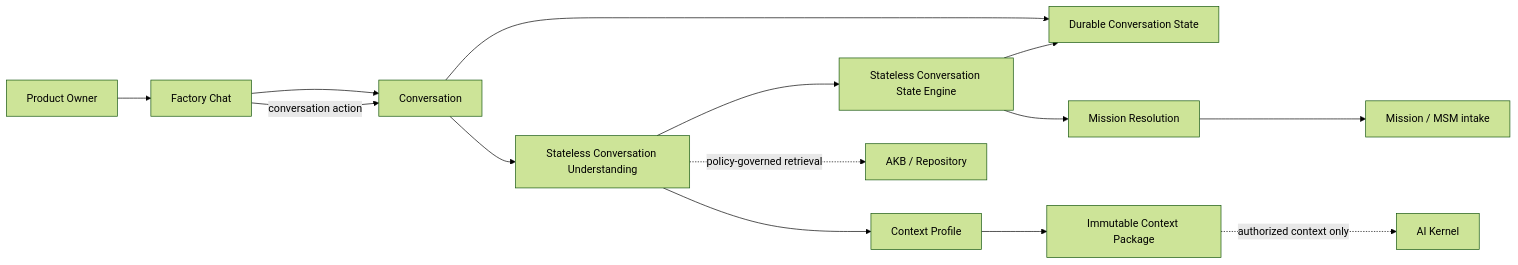
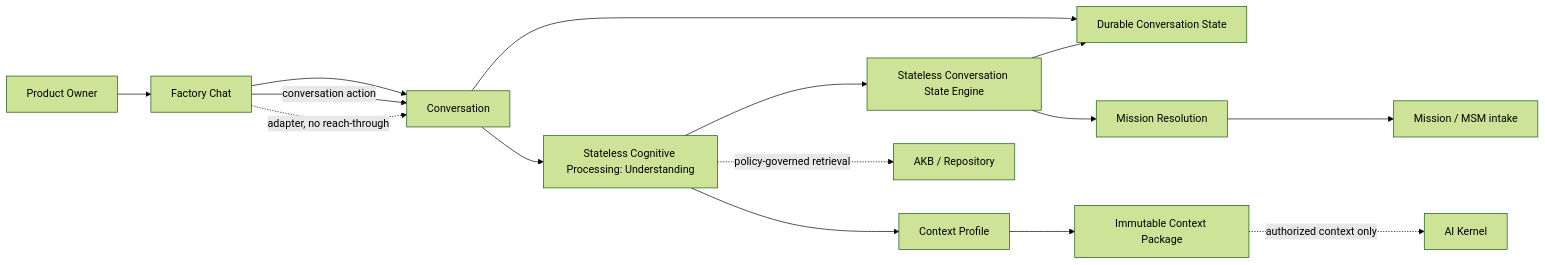
The diagram in docs/architecture/diagrams/01-conversation-layer/01_CONVERSATION_LAYER.md (zsambokia/ai-bridge), drawn with Mermaid (forest theme) before and after one commit. The commit also changed other lines of this file and 19 other files, not shown here.

Commit message:
docs: converge factory protocol architecture

````diff
--- a/docs/architecture/diagrams/01-conversation-layer/01_CONVERSATION_LAYER.md
+++ b/docs/architecture/diagrams/01-conversation-layer/01_CONVERSATION_LAYER.md
@@ -12,15 +12,16 @@
 ```mermaid
 flowchart LR
     PO[Product Owner] --> UI[Factory Chat] --> C[Conversation]
     UI -->|conversation action| C
-    C --> U[Stateless Conversation Understanding]
+    C --> U[Stateless Cognitive Processing: Understanding]
     C --> CS[Durable Conversation State]
     U --> CSE[Stateless Conversation State Engine]
     CSE --> CS
     CSE --> MR[Mission Resolution]
     U --> CP[Context Profile]
     CP --> PKG[Immutable Context Package]
     U -. policy-governed retrieval .-> AKB[AKB / Repository]
+    UI -. adapter, no reach-through .-> C
     MR --> M[Mission / MSM intake]
     PKG -. authorized context only .-> K[AI Kernel]
 ```
````
